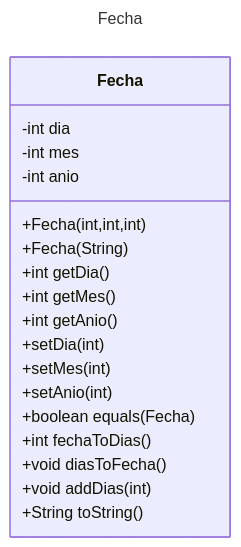
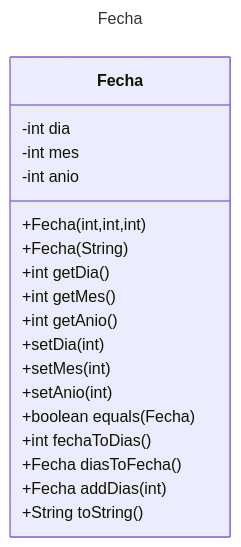
Before and after one commit to CLA-PRA/GHUB.java.EJ.TAD.LourdesArmenta: the fifth of 11 diagrams in README.md, drawn with Mermaid. The commit also changed other lines of this file and 18 other files, not shown here.

````diff
--- a/README.md
+++ b/README.md
@@ -98,24 +128,24 @@
 ```mermaid
 ---
 title: Fecha
 ---
 classDiagram
       class Fecha
       Fecha: -int dia
       Fecha: -int mes
       Fecha: -int anio
       Fecha: +Fecha(int,int,int)
       Fecha: +Fecha(String)
       Fecha: +int getDia()
       Fecha: +int getMes()
       Fecha: +int getAnio()
       Fecha: +setDia(int)
       Fecha: +setMes(int)
       Fecha: +setAnio(int)
       Fecha: +boolean equals(Fecha)
       Fecha: +int fechaToDias()
-      Fecha: +void diasToFecha()
-      Fecha: +void addDias(int)
+      Fecha: +Fecha diasToFecha()
+      Fecha: +Fecha addDias(int)
       Fecha: +String toString()
       
 ```
````
